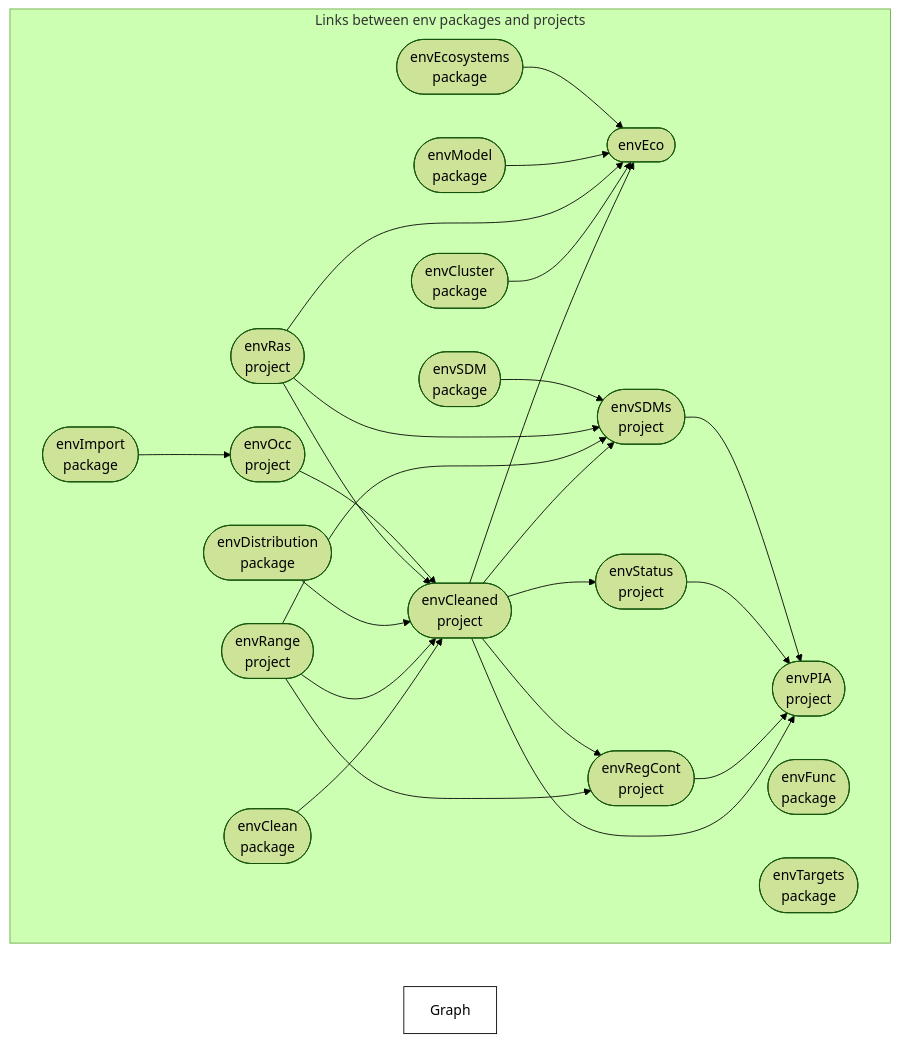
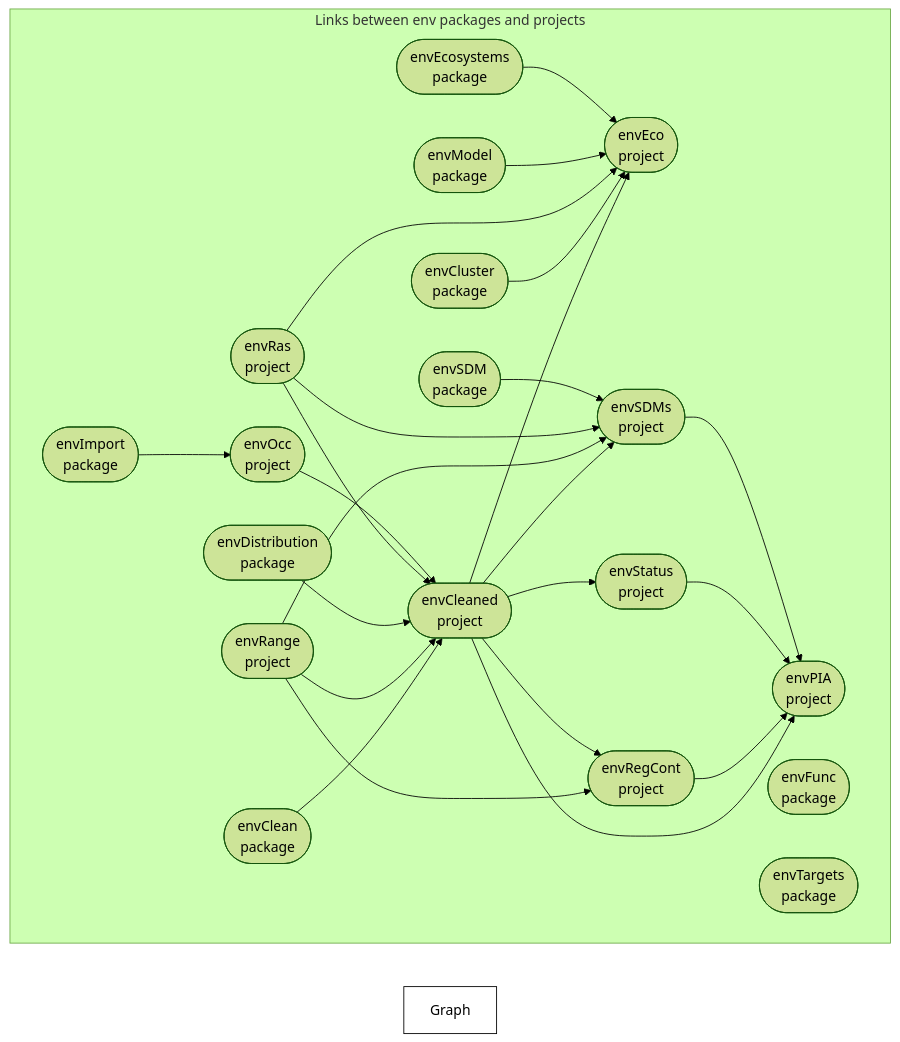
The diagram in profile/README.md (dew-landscapes/.github), drawn with Mermaid (forest theme) before and after one commit. The commit also changed other lines of this file and 1 other file, not shown here.

Commit message:
edit mermaid

````diff
--- a/profile/README.md
+++ b/profile/README.md
@@ -45,31 +45,31 @@
 ``` mermaid
 graph LR
   style Graph fill:#FFFFFF00,stroke:#000000;
   subgraph Links between env packages and projects
     direction LR
     x199e33ac94c360fd(["envClean<br>package"]):::queued --> x4e1f08a5bd05b882(["envCleaned<br>project"]):::queued
     x4f41d9ef8b70ed0e(["envRange<br>project"]):::queued --> x4e1f08a5bd05b882(["envCleaned<br>project"]):::queued
     xb53407deaf8a50f7(["envDistribution<br>package"]):::queued --> x4e1f08a5bd05b882(["envCleaned<br>project"]):::queued
     x67b5feaf09e4d0ca(["envRas<br>project"]):::queued --> x4e1f08a5bd05b882(["envCleaned<br>project"]):::queued
     x9d3addc2d3c28cb0(["envOcc<br>project"]):::queued --> x4e1f08a5bd05b882(["envCleaned<br>project"]):::queued
-    x4e1f08a5bd05b882(["envCleaned<br>project"]):::queued --> xc70bb609a37b98f0(["envEco"]):::queued
-    x9eca96d789260dc6(["envCluster<br>package"]):::queued --> xc70bb609a37b98f0(["envEco"]):::queued
-    x67b5feaf09e4d0ca(["envRas<br>project"]):::queued --> xc70bb609a37b98f0(["envEco"]):::queued
-    x3c05f6553dd2ee1d(["envModel<br>package"]):::queued --> xc70bb609a37b98f0(["envEco"]):::queued
-    x3c533c4f6ac5a427(["envEcosystems<br>package"]):::queued --> xc70bb609a37b98f0(["envEco"]):::queued
+    x4e1f08a5bd05b882(["envCleaned<br>project"]):::queued --> xc70bb609a37b98f0(["envEco<br>project"]):::queued
+    x9eca96d789260dc6(["envCluster<br>package"]):::queued --> xc70bb609a37b98f0(["envEco<br>project"]):::queued
+    x67b5feaf09e4d0ca(["envRas<br>project"]):::queued --> xc70bb609a37b98f0(["envEco<br>project"]):::queued
+    x3c05f6553dd2ee1d(["envModel<br>package"]):::queued --> xc70bb609a37b98f0(["envEco<br>project"]):::queued
+    x3c533c4f6ac5a427(["envEcosystems<br>package"]):::queued --> xc70bb609a37b98f0(["envEco<br>project"]):::queued
     xa419b1871c902a02(["envImport<br>package"]):::queued --> x9d3addc2d3c28cb0(["envOcc<br>project"]):::queued
     x4e1f08a5bd05b882(["envCleaned<br>project"]):::queued --> x2cb0f2dc918c8a98(["envPIA<br>project"]):::queued
     x5499a04bf3778295(["envRegCont<br>project"]):::queued --> x2cb0f2dc918c8a98(["envPIA<br>project"]):::queued
     xf290cd0a0c6ffe34(["envStatus<br>project"]):::queued --> x2cb0f2dc918c8a98(["envPIA<br>project"]):::queued
     xc1054dd4c63b18e0(["envSDMs<br>project"]):::queued --> x2cb0f2dc918c8a98(["envPIA<br>project"]):::queued
     x4f41d9ef8b70ed0e(["envRange<br>project"]):::queued --> x5499a04bf3778295(["envRegCont<br>project"]):::queued
     x4e1f08a5bd05b882(["envCleaned<br>project"]):::queued --> x5499a04bf3778295(["envRegCont<br>project"]):::queued
     x4e1f08a5bd05b882(["envCleaned<br>project"]):::queued --> xc1054dd4c63b18e0(["envSDMs<br>project"]):::queued
     x4f41d9ef8b70ed0e(["envRange<br>project"]):::queued --> xc1054dd4c63b18e0(["envSDMs<br>project"]):::queued
     x67b5feaf09e4d0ca(["envRas<br>project"]):::queued --> xc1054dd4c63b18e0(["envSDMs<br>project"]):::queued
     x07cddf360e9b199e(["envSDM<br>package"]):::queued --> xc1054dd4c63b18e0(["envSDMs<br>project"]):::queued
     x4e1f08a5bd05b882(["envCleaned<br>project"]):::queued --> xf290cd0a0c6ffe34(["envStatus<br>project"]):::queued
     x6832f874a98057bb(["envFunc<br>package"]):::queued
     xb03046fba8fa1b84(["envTargets<br>package"]):::queued
   end
 ```
````
